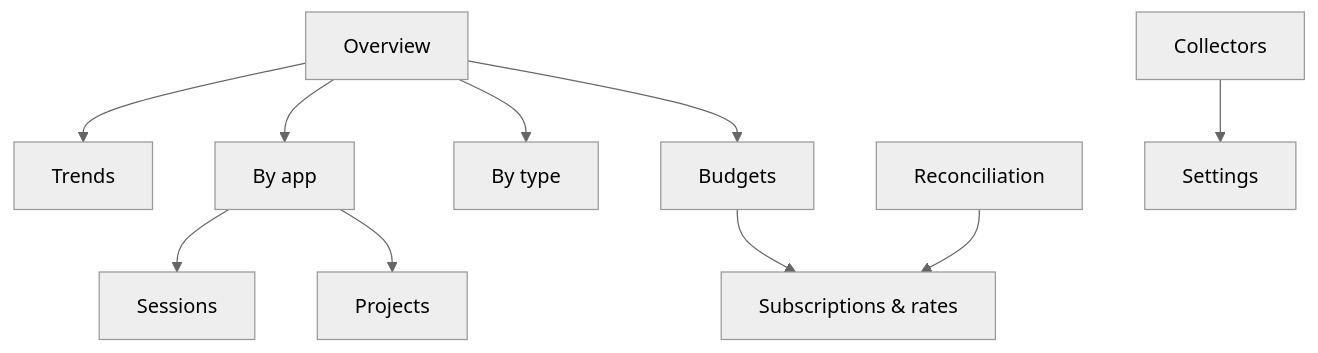
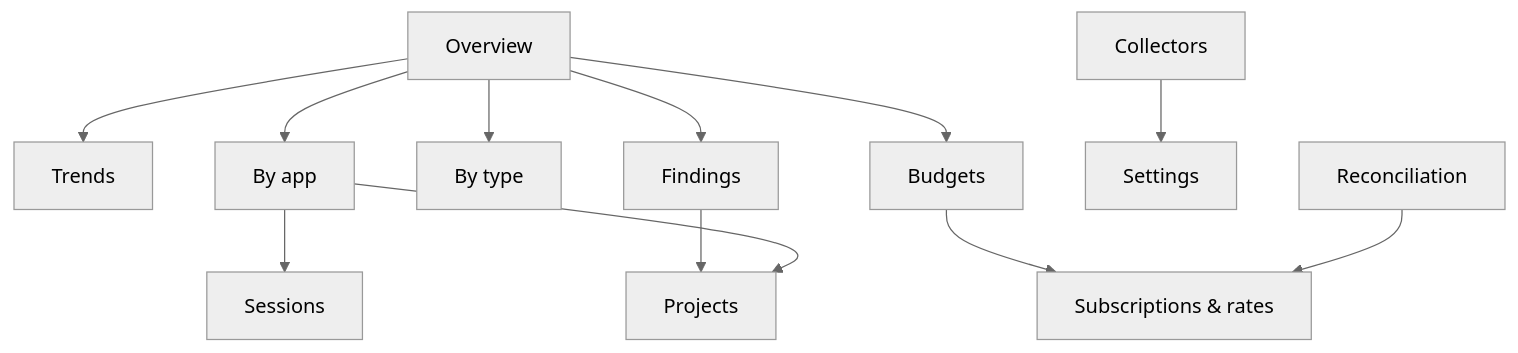
Before and after one commit to newellnarco/SpendTracker: the diagram in docs/01-architecture/WEB-UI.md, drawn with Mermaid (neutral theme). The commit also changed other lines of this file and 14 other files, not shown here.

````diff
--- a/docs/01-architecture/WEB-UI.md
+++ b/docs/01-architecture/WEB-UI.md
@@ -8,22 +8,24 @@
 ```mermaid
 flowchart TB
     ov[Overview]
     tr[Trends]
     apps[By app]
     types[By type]
     sess[Sessions]
     proj[Projects]
     bud[Budgets]
     sub[Subscriptions & rates]
     col[Collectors]
     rec[Reconciliation]
     set[Settings]
+    fnd[Findings]
 
     ov --> tr
     ov --> apps --> sess
     ov --> types
     ov --> bud --> sub
+    ov --> fnd --> proj
     apps --> proj
     col --> set
     rec --> sub
 ```
````
